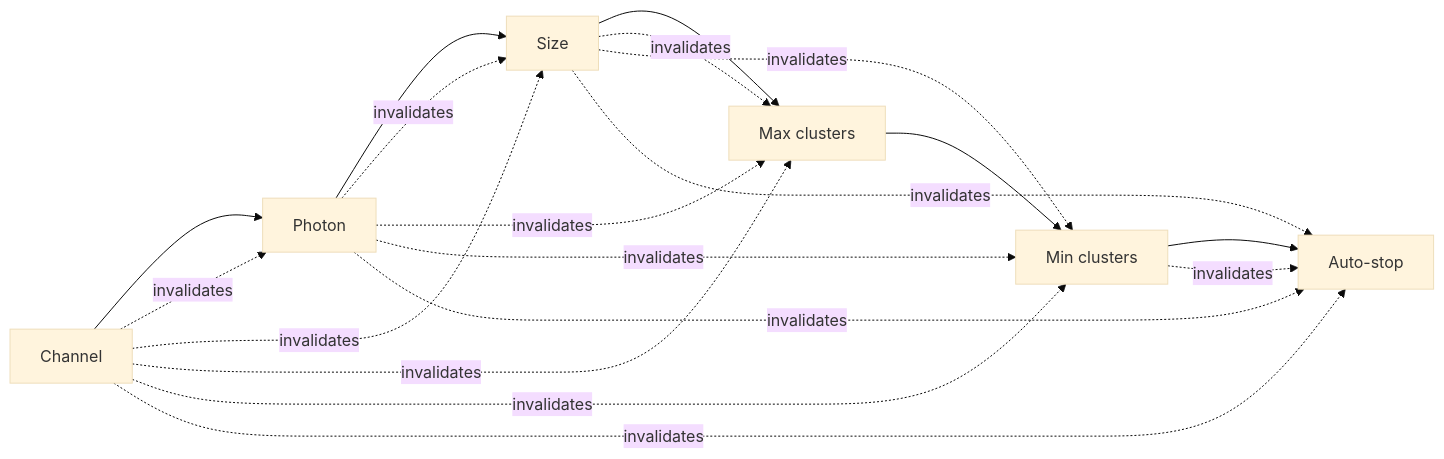
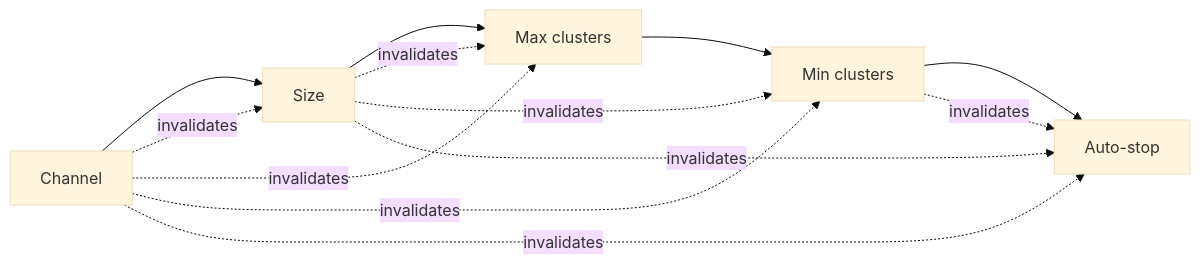
Diagram 11 of 20 in docs/architecture/lld.md (thiaga-gk/expert-funicular), drawn with Mermaid (base theme) before and after one commit. The commit also changed 3 other files, not shown here.

````diff
--- a/docs/architecture/lld.md
+++ b/docs/architecture/lld.md
@@ -791,22 +791,16 @@
 ```mermaid
 flowchart LR
-    CH[Channel] --> PH[Photon]
-    PH --> SZ[Size]
+    CH[Channel] --> SZ[Size]
     SZ --> MX[Max clusters]
     MX --> MN[Min clusters]
     MN --> AS[Auto-stop]
 
-    CH -. invalidates .-> PH
     CH -. invalidates .-> SZ
     CH -. invalidates .-> MX
     CH -. invalidates .-> MN
     CH -. invalidates .-> AS
-    PH -. invalidates .-> SZ
-    PH -. invalidates .-> MX
-    PH -. invalidates .-> MN
-    PH -. invalidates .-> AS
     SZ -. invalidates .-> MX
     SZ -. invalidates .-> MN
     SZ -. invalidates .-> AS
     MN -. invalidates .-> AS
 ```
````
